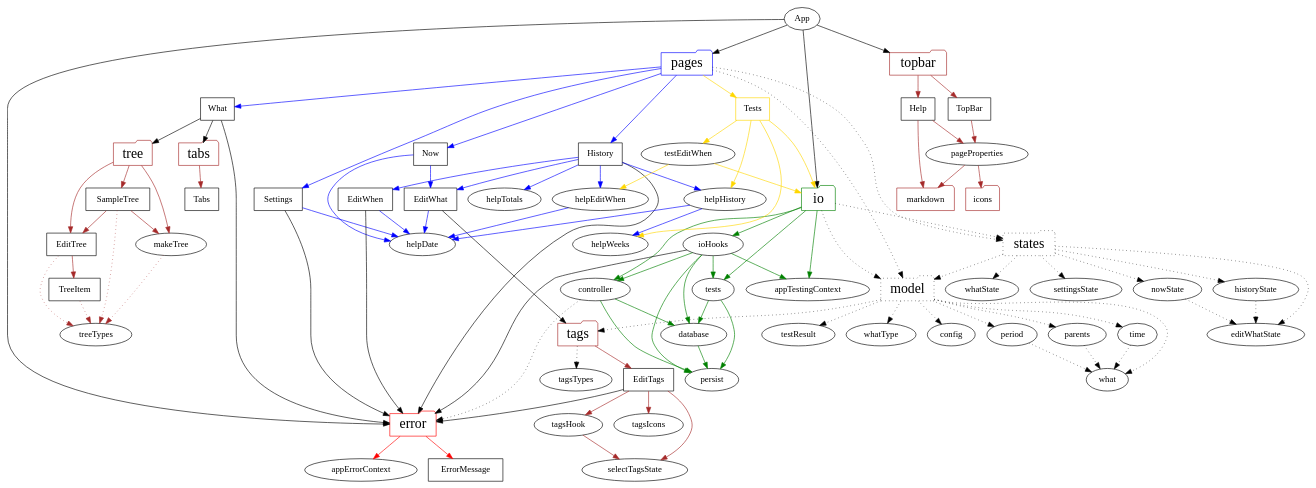
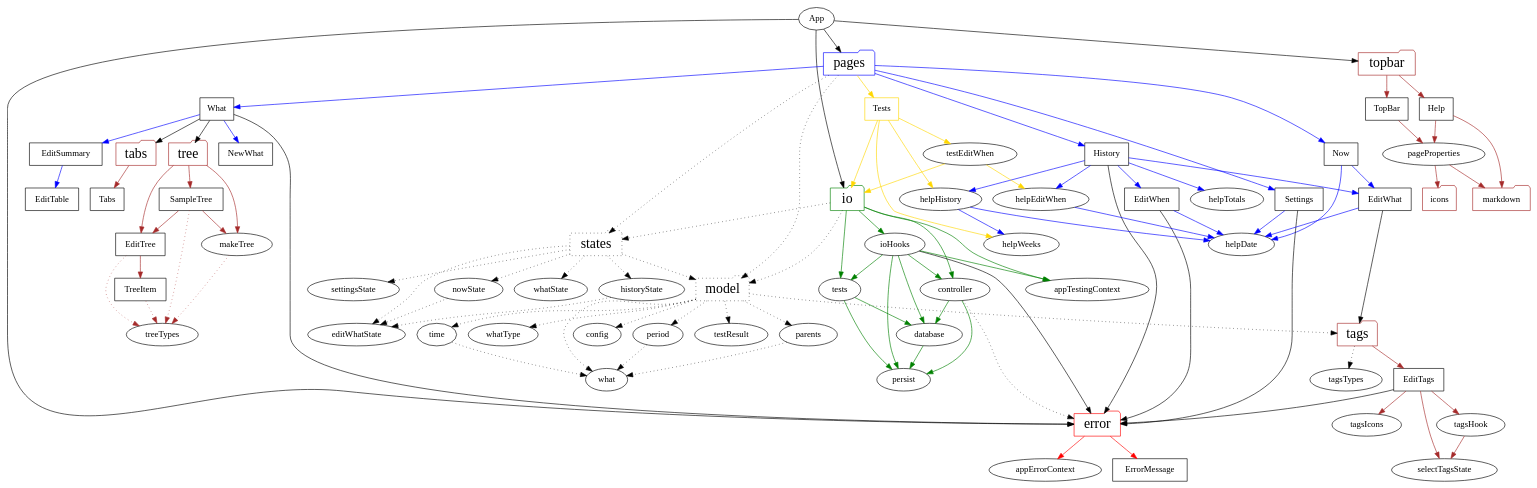
The diagram in dependencies/dependencies.dot (cwellsx/time), drawn with Graphviz before and after one commit. The commit also changed 4 other files, not shown here.

Commit message:
use EditTable to implement EditSummary

```diff
--- a/dependencies/dependencies.dot
+++ b/dependencies/dependencies.dot
@@ -1,106 +1,111 @@
 digraph SRC {
   "App" -> {"error" "io" "pages" "topbar"};
 
   "error" [shape=folder, color=red, fontsize="22pt"];
   "io" [shape=folder, color=green, fontsize="22pt"];
   "model" [shape=folder, fontsize="22pt"] [style=dotted];
   "pages" [shape=folder, color=blue, fontsize="22pt"];
   "states" [shape=folder, fontsize="22pt"] [style=dotted];
   "tabs" [shape=folder, color=brown, fontsize="22pt"];
   "tags" [shape=folder, color=brown, fontsize="22pt"];
   "topbar" [shape=folder, color=brown, fontsize="22pt"];
   "tree" [shape=folder, color=brown, fontsize="22pt"];
   "icons" [shape=folder, color=brown];
   "markdown" [shape=folder, color=brown];
   
   "error" -> {"ErrorMessage" "appErrorContext"} [color=red];
   "ErrorMessage" [shape=rect];
   "ErrorMessage" -> {};
   "appErrorContext" -> {};
 
   "io" -> {"controller" "ioHooks" "tests" "appTestingContext"} [color=green];
   "io" -> {"model" "states"} [style=dotted];
   "controller" -> {"persist" "database"} [color=green];
   "controller" -> {"error"} [style=dotted];
   "database" -> {"persist"} [color=green];
   "ioHooks" -> {"controller" "database" "persist" "tests" "appTestingContext"} [color=green];
   "ioHooks" -> {"error"};
   "tests" -> {"database" "persist"} [color=green];
   "persist" -> {}
   "appTestingContext" -> {};
 
   "model" -> {"config" "period" "testResult" "parents" "time" "tags" "whatType" "what"} [style=dotted];
   "config" -> {} [style=dotted];
   "period" -> {"what"} [style=dotted];
   "testResult" -> {} [style=dotted];
   "time" -> {"what"} [style=dotted];
   "parents" -> {"what"} [style=dotted];
   "what" -> {} [style=dotted];
   "whatType" -> {} [style=dotted];
 
   "pages" -> {"Now" "What" "History" "Settings"} [color=blue];
   "pages" -> {"Tests"} [color=gold];
   "Now" [shape=rect];
   "What" [shape=rect];
   "History" [shape=rect];
   "Settings" [shape=rect];
   "Tests" [shape=rect] [color=gold];
   "EditWhat" [shape=rect];
   "EditWhen" [shape=rect];
+  "EditTable" [shape=rect];
+  "EditSummary" [shape=rect];
+  "NewWhat" [shape=rect];
   "pages" -> {"model" "states"} [style=dotted];
   "helpDate" -> {};
   "helpWeeks" -> {};
   "helpTotals" -> {};
   "Now" -> {"helpDate" "EditWhat"} [color=blue];
   "What" -> {"tabs" "error" "tree"};
+  "What" -> {"NewWhat" "EditSummary"} [color=blue];
+  "EditSummary" -> {"EditTable"} [color=blue];
   "History" -> {"helpHistory" "helpTotals" "EditWhat" "EditWhen" "helpEditWhen"} [color=blue];
   "History" -> {"error"};
   "Settings" -> {"helpDate"} [color=blue];
   "Settings" -> {"error"};
   "Tests" -> {"testEditWhen" "helpWeeks" "helpHistory" "io"} [color=gold];
   "helpHistory" -> {"helpWeeks" "helpDate"} [color=blue];
   "testEditWhen" -> {"helpEditWhen" "io"} [color=gold];
   "helpEditWhen" -> {"helpDate"} [color=blue];
   "EditWhat" -> {"helpDate"} [color=blue]
   "EditWhat" -> {"tags"};
   "EditWhen" -> {"helpDate"} [color=blue]
   "EditWhen" -> {"error"}
 
   "states" -> {"nowState" "whatState" "historyState" "settingsState" "editWhatState" "model"} [style=dotted];
   "nowState" -> {"editWhatState"} [style=dotted];
   "whatState" -> {} [style=dotted];
   "historyState" -> {"editWhatState"} [style=dotted];
   "settingsState" -> {} [style=dotted];
   "editWhatState" -> {} [style=dotted];
 
   "tabs" -> {"Tabs"} [color=brown];
   "Tabs" [shape=rect];
   "Tabs" -> {};
 
   "tree" -> {"EditTree" "SampleTree" "makeTree"} [color=brown];
   "EditTree" [shape=rect];
   "SampleTree" [shape=rect];
   "TreeItem" [shape=rect];
   "EditTree" -> {"treeTypes"} [style=dotted, color=brown];
   "EditTree" -> {"TreeItem"} [color=brown];
   "TreeItem" -> {"treeTypes"} [style=dotted, color=brown];
   "SampleTree" -> {"EditTree" "makeTree"} [color=brown];
   "SampleTree" -> {"treeTypes"} [style=dotted, color=brown];
   "makeTree" -> {"treeTypes"} [style=dotted, color=brown];
 
   "tags" -> {"EditTags"} [color=brown];
   "tags" -> {"tagsTypes"} [style=dotted];
   "EditTags" [shape=rect];
   "EditTags" -> {"selectTagsState" "tagsHook" "tagsIcons"} [color=brown];
   "EditTags" -> {"error"};
   "tagsHook" -> {"selectTagsState"} [color=brown];
   "tagsIcons" -> {};
   "tagsTypes" -> {} [style=dotted, color=brown];
 
   "topbar" -> {"TopBar" "Help"} [color=brown];
   "TopBar" [shape=rect];
   "Help" [shape=rect];
   "TopBar" -> {"pageProperties"} [color=brown];
   "pageProperties" -> {"markdown" "icons"} [color=brown];
   "Help" -> {"markdown" "pageProperties"} [color=brown];
 }
```
